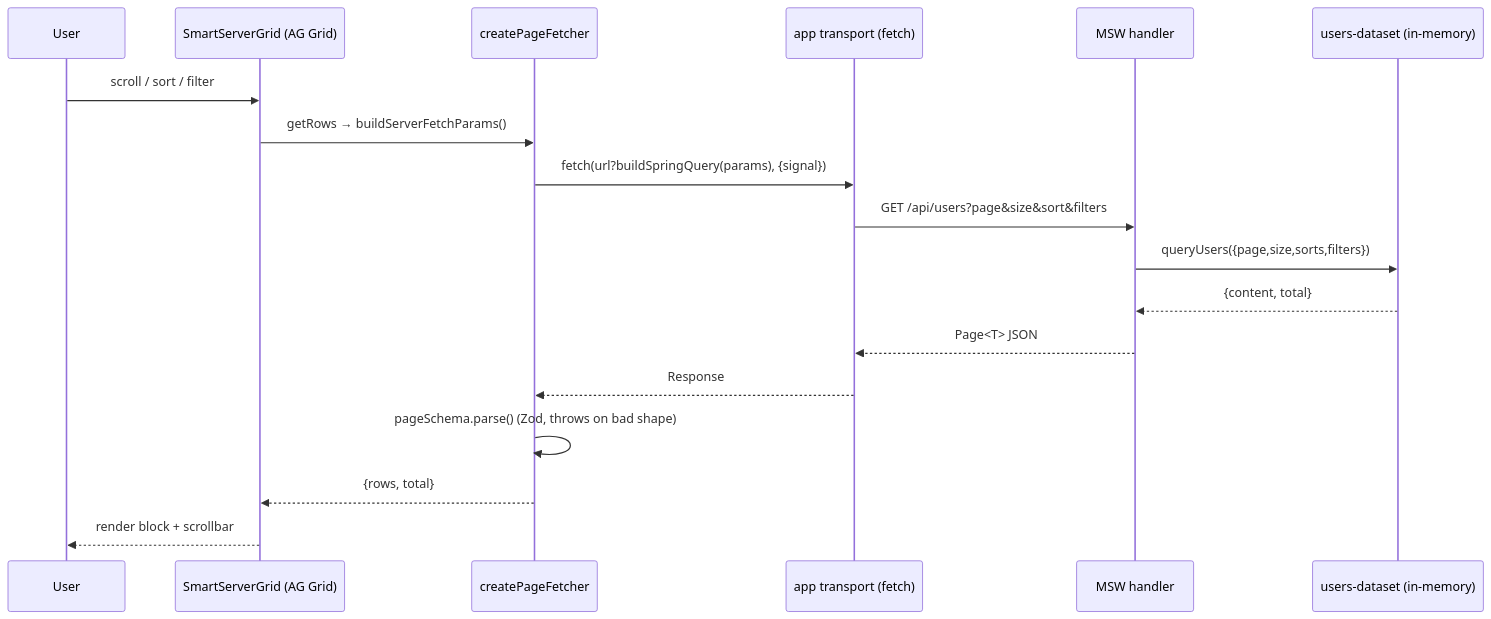
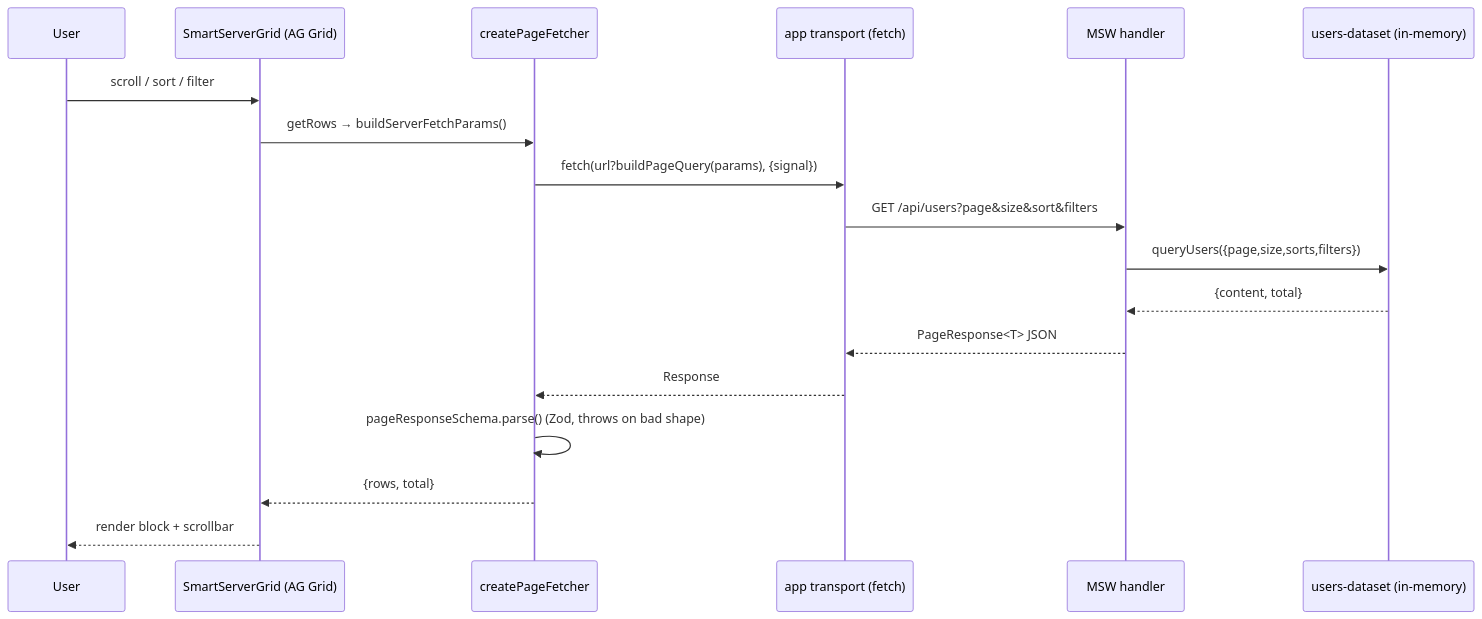
One commit to imsaroj/automatic-octo-fiesta changed the third of 12 diagrams in ARCHITECTURE.md. Above: the diagram before and after it, drawn with Mermaid. The commit also changed other lines of this file and 16 other files, not shown here.

````diff
--- a/ARCHITECTURE.md
+++ b/ARCHITECTURE.md
@@ -364,21 +364,21 @@
 ```mermaid
 sequenceDiagram
   participant U as User
   participant G as SmartServerGrid (AG Grid)
   participant F as createPageFetcher
   participant T as app transport (fetch)
   participant M as MSW handler
   participant D as users-dataset (in-memory)
 
   U->>G: scroll / sort / filter
   G->>F: getRows → buildServerFetchParams()
-  F->>T: fetch(url?buildSpringQuery(params), {signal})
+  F->>T: fetch(url?buildPageQuery(params), {signal})
   T->>M: GET /api/users?page&size&sort&filters
   M->>D: queryUsers({page,size,sorts,filters})
   D-->>M: {content, total}
-  M-->>T: Page<T> JSON
+  M-->>T: PageResponse<T> JSON
   T-->>F: Response
-  F->>F: pageSchema.parse()  (Zod, throws on bad shape)
+  F->>F: pageResponseSchema.parse()  (Zod, throws on bad shape)
   F-->>G: {rows, total}
   G-->>U: render block + scrollbar
 ```
````
